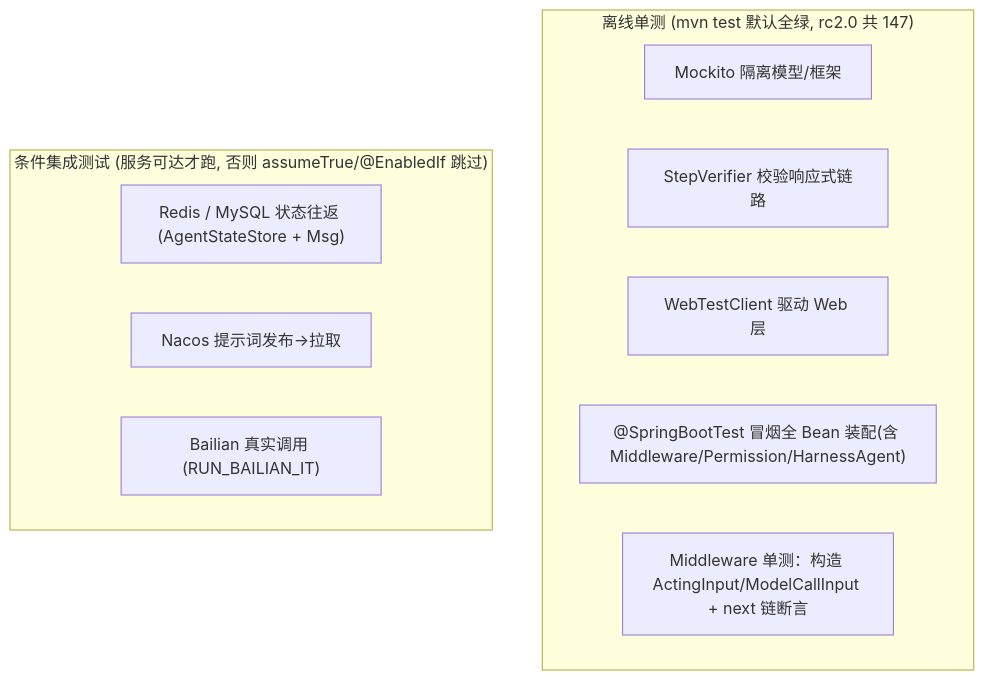
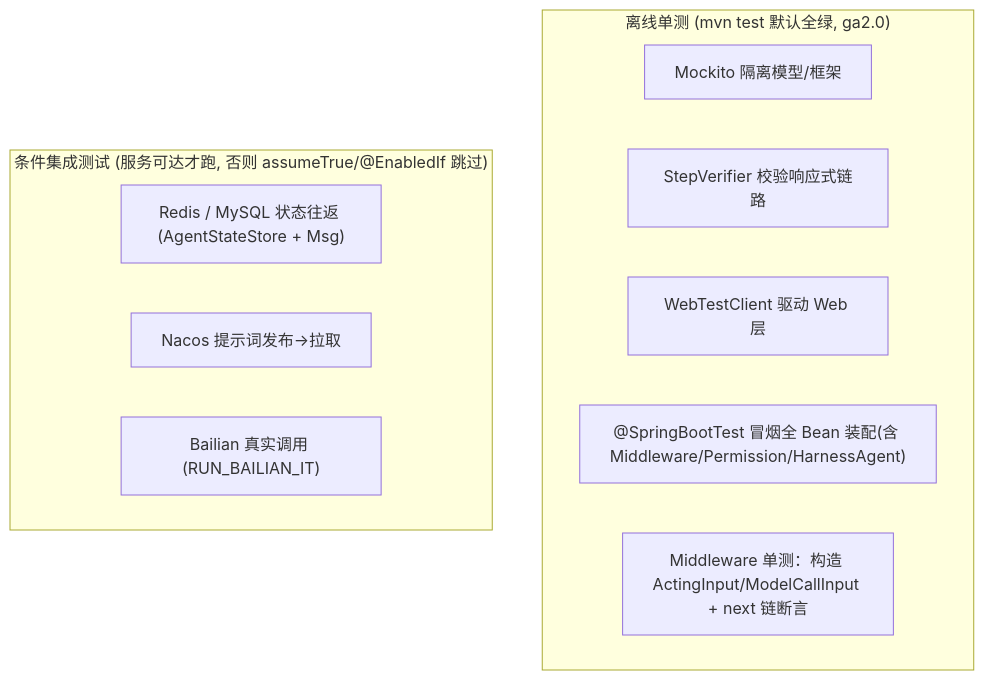
Diagram 29 of 29 in docs/详细技术文档.md (liulangjietou/customer_work), drawn with Mermaid before and after one commit. The commit also changed other lines of this file and 18 other files, not shown here.

````diff
--- a/docs/详细技术文档.md
+++ b/docs/详细技术文档.md
@@ -950,15 +951,15 @@
 ```mermaid
 flowchart TB
-    subgraph 离线单测["离线单测 (mvn test 默认全绿, rc2.0 共 147)"]
+    subgraph 离线单测["离线单测 (mvn test 默认全绿, ga2.0)"]
         U1["Mockito 隔离模型/框架"]
         U2["StepVerifier 校验响应式链路"]
         U3["WebTestClient 驱动 Web 层"]
         U4["@SpringBootTest 冒烟全 Bean 装配(含 Middleware/Permission/HarnessAgent)"]
         U5["Middleware 单测：构造 ActingInput/ModelCallInput + next 链断言"]
     end
     subgraph 条件集成["条件集成测试 (服务可达才跑, 否则 assumeTrue/@EnabledIf 跳过)"]
         I1["Redis / MySQL 状态往返 (AgentStateStore + Msg)"]
         I2["Nacos 提示词发布→拉取"]
         I3["Bailian 真实调用 (RUN_BAILIAN_IT)"]
     end
 ```
````
